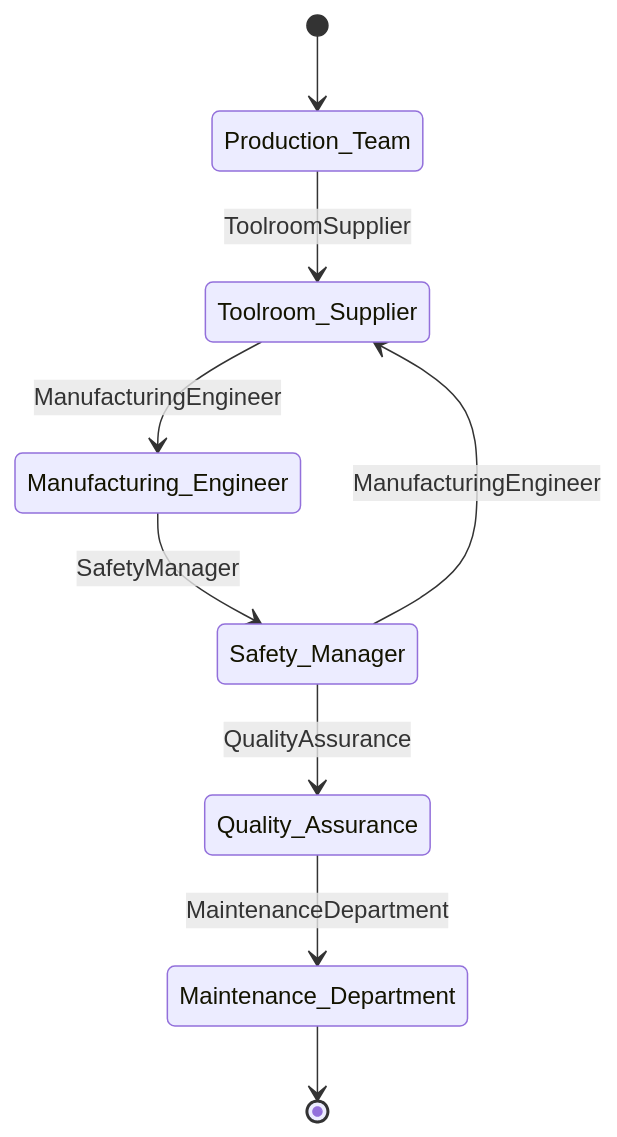
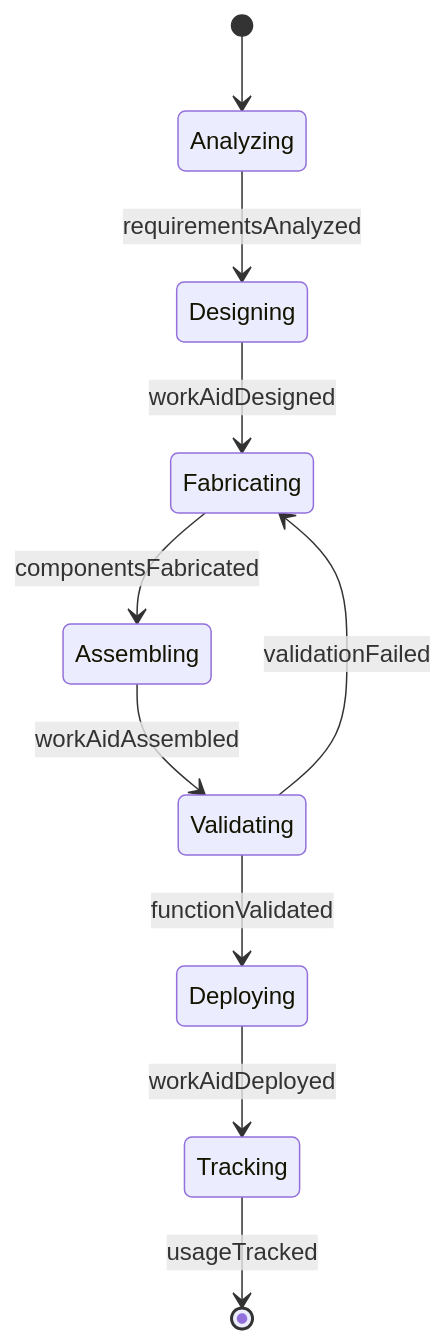
The second of 4 diagrams in HandlingAndMovingObjects/AssembleProductsOrWorkAids/ConstructPatternsTemplatesWorkAids.mdx (dot-org-ai/tasks.org.ai), drawn with Mermaid before and after one commit. The commit also changed other lines of this file and 515 other files, not shown here.

````diff
--- a/HandlingAndMovingObjects/AssembleProductsOrWorkAids/ConstructPatternsTemplatesWorkAids.mdx
+++ b/HandlingAndMovingObjects/AssembleProductsOrWorkAids/ConstructPatternsTemplatesWorkAids.mdx
@@ -101,11 +99,12 @@
 ```mermaid
 stateDiagram-v2
-    [*] --> Production_Team
-    Production_Team --> Toolroom_Supplier: ToolroomSupplier
-    Toolroom_Supplier --> Manufacturing_Engineer: ManufacturingEngineer
-    Manufacturing_Engineer --> Safety_Manager: SafetyManager
-    Safety_Manager --> Quality_Assurance: QualityAssurance
-    Quality_Assurance --> Maintenance_Department: MaintenanceDepartment
-    Safety_Manager --> Toolroom_Supplier: ManufacturingEngineer
-    Maintenance_Department --> [*]
+    [*] --> Analyzing
+    Analyzing --> Designing : requirementsAnalyzed
+    Designing --> Fabricating : workAidDesigned
+    Fabricating --> Assembling : componentsFabricated
+    Assembling --> Validating : workAidAssembled
+    Validating --> Deploying : functionValidated
+    Deploying --> Tracking : workAidDeployed
+    Validating --> Fabricating : validationFailed
+    Tracking --> [*] : usageTracked
 ```
````
